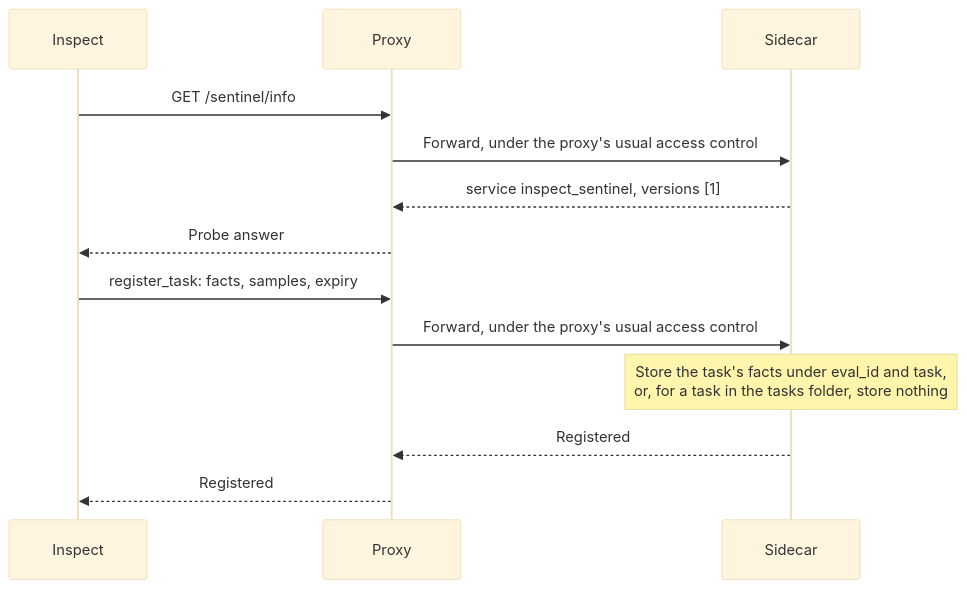
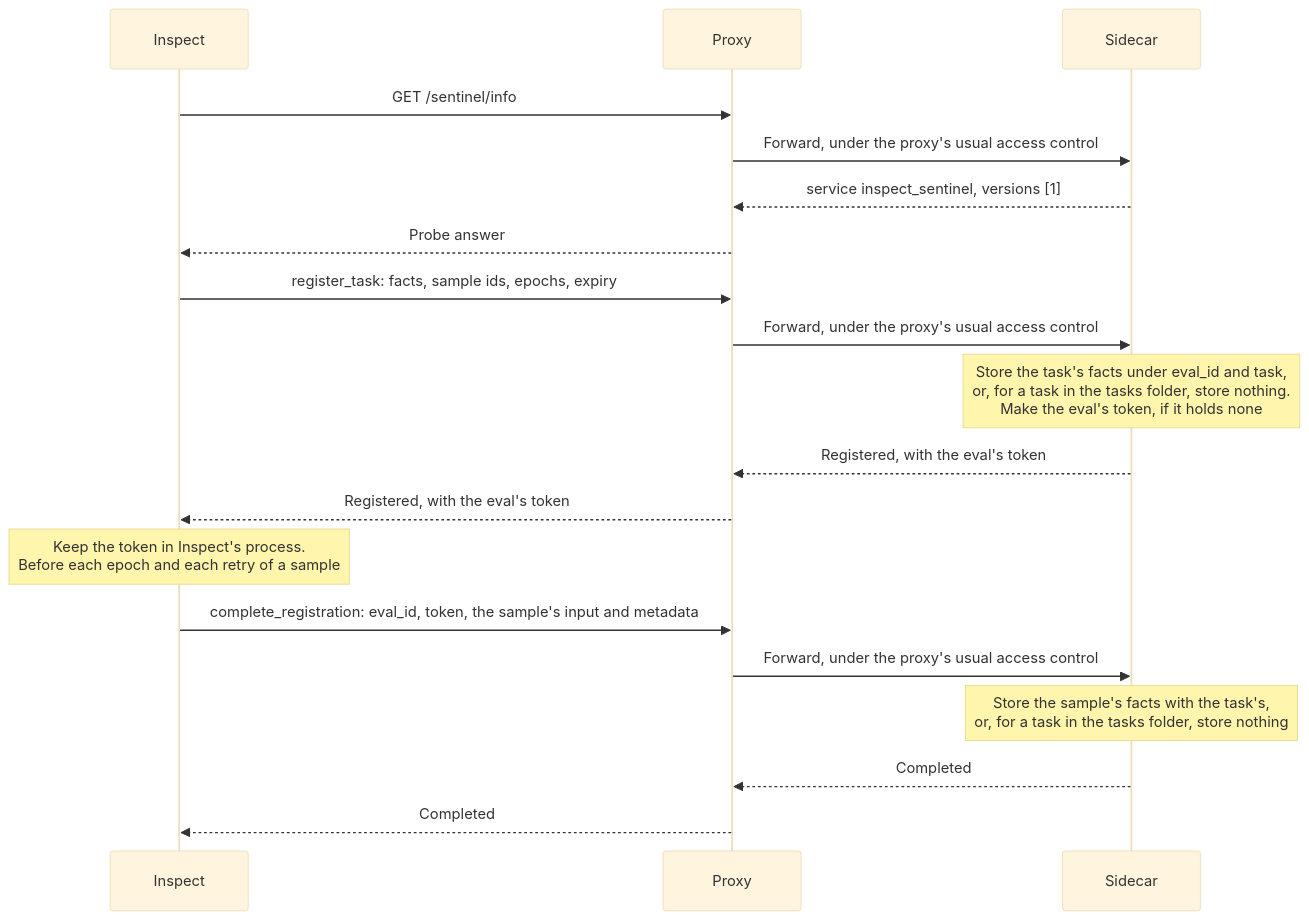
Before and after one commit to meridianlabs-ai/inspect_sentinel: the second of 9 diagrams in design/sidecar.md, drawn with Mermaid (base theme). The commit also changed other lines of this file and 4 other files, not shown here.

````diff
--- a/design/sidecar.md
+++ b/design/sidecar.md
@@ -607,15 +670,21 @@
 ```mermaid
 sequenceDiagram
     participant I as Inspect
     participant P as Proxy
     participant S as Sidecar
     I->>P: GET /sentinel/info
     P->>S: Forward, under the proxy's usual access control
     S-->>P: service inspect_sentinel, versions [1]
     P-->>I: Probe answer
-    I->>P: register_task: facts, samples, expiry
+    I->>P: register_task: facts, sample ids, epochs, expiry
     P->>S: Forward, under the proxy's usual access control
-    Note over S: Store the task's facts under eval_id and task,<br/>or, for a task in the tasks folder, store nothing
-    S-->>P: Registered
-    P-->>I: Registered
+    Note over S: Store the task's facts under eval_id and task,<br/>or, for a task in the tasks folder, store nothing.<br/>Make the eval's token, if it holds none
+    S-->>P: Registered, with the eval's token
+    P-->>I: Registered, with the eval's token
+    Note over I: Keep the token in Inspect's process.<br/>Before each epoch and each retry of a sample
+    I->>P: complete_registration: eval_id, token, the sample's input and metadata
+    P->>S: Forward, under the proxy's usual access control
+    Note over S: Store the sample's facts with the task's,<br/>or, for a task in the tasks folder, store nothing
+    S-->>P: Completed
+    P-->>I: Completed
 ```
````
